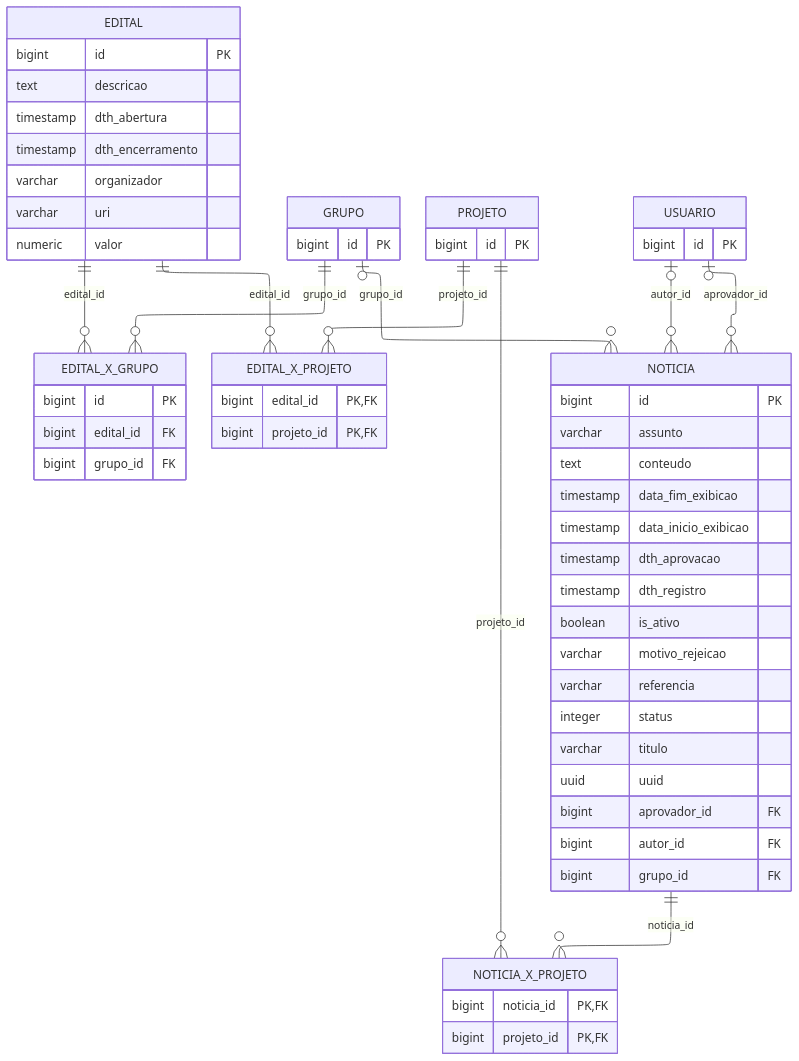
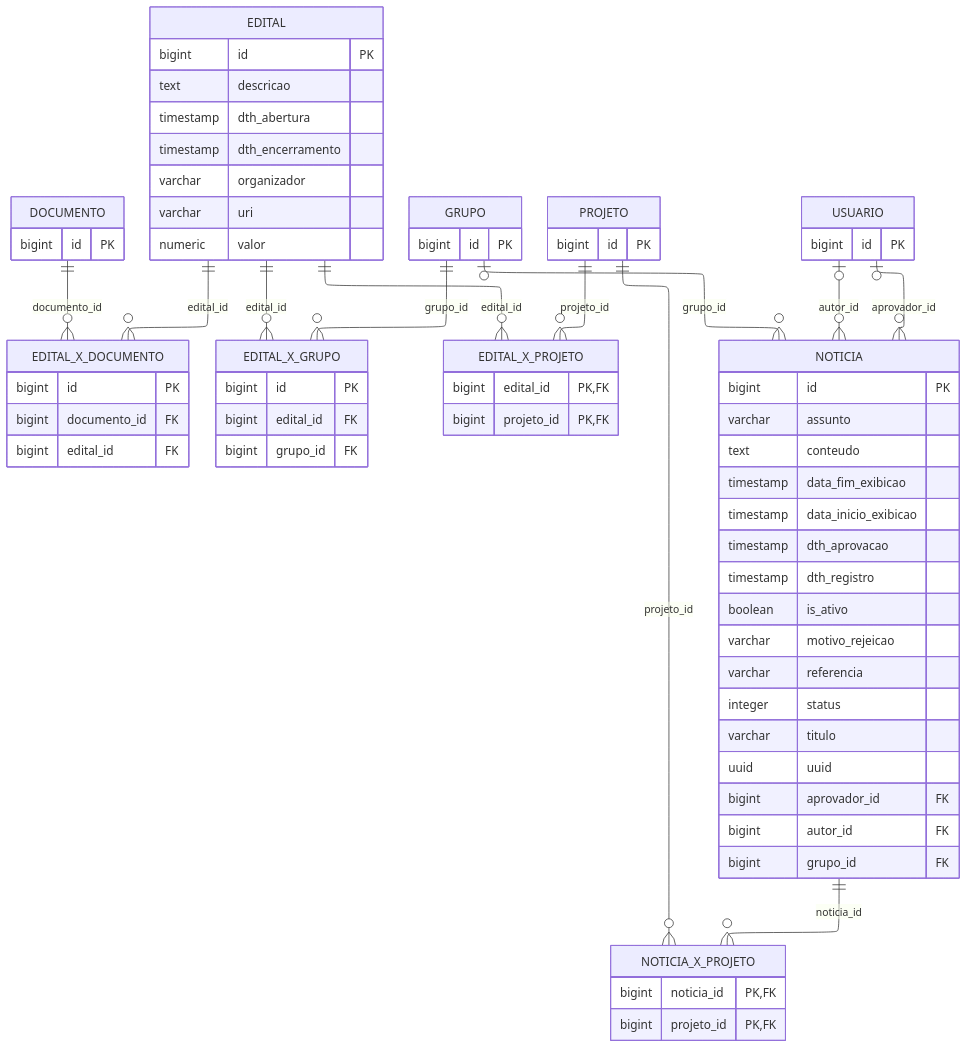
One commit to orbytum/api changed the diagram in docs/banco/der_conteudo.mmd. Above: the diagram before and after it, drawn with Mermaid. The commit also changed 14 other files, not shown here.

```diff
--- a/docs/banco/der_conteudo.mmd
+++ b/docs/banco/der_conteudo.mmd
@@ -1,63 +1,73 @@
 ---
 config:
   layout: elk
 ---
 erDiagram
+  DOCUMENTO ||--o{ EDITAL_X_DOCUMENTO : "documento_id"
+  EDITAL ||--o{ EDITAL_X_DOCUMENTO : "edital_id"
   EDITAL ||--o{ EDITAL_X_GRUPO : "edital_id"
   GRUPO ||--o{ EDITAL_X_GRUPO : "grupo_id"
   EDITAL ||--o{ EDITAL_X_PROJETO : "edital_id"
   PROJETO ||--o{ EDITAL_X_PROJETO : "projeto_id"
   USUARIO o|--o{ NOTICIA : "aprovador_id"
   USUARIO o|--o{ NOTICIA : "autor_id"
   GRUPO o|--o{ NOTICIA : "grupo_id"
   NOTICIA ||--o{ NOTICIA_X_PROJETO : "noticia_id"
   PROJETO ||--o{ NOTICIA_X_PROJETO : "projeto_id"
   NOTICIA {
     bigint id PK
     varchar assunto
     text conteudo
     timestamp data_fim_exibicao
     timestamp data_inicio_exibicao
     timestamp dth_aprovacao
     timestamp dth_registro
     boolean is_ativo
     varchar motivo_rejeicao
     varchar referencia
     integer status
     varchar titulo
     uuid uuid
     bigint aprovador_id FK
     bigint autor_id FK
     bigint grupo_id FK
   }
   NOTICIA_X_PROJETO {
     bigint noticia_id PK, FK
     bigint projeto_id PK, FK
   }
   EDITAL {
     bigint id PK
     text descricao
     timestamp dth_abertura
     timestamp dth_encerramento
     varchar organizador
     varchar uri
     numeric valor
   }
   EDITAL_X_GRUPO {
     bigint id PK
     bigint edital_id FK
     bigint grupo_id FK
   }
   EDITAL_X_PROJETO {
     bigint edital_id PK, FK
     bigint projeto_id PK, FK
   }
+  EDITAL_X_DOCUMENTO {
+    bigint id PK
+    bigint documento_id FK
+    bigint edital_id FK
+  }
+  DOCUMENTO {
+    bigint id PK
+  }
   GRUPO {
     bigint id PK
   }
   PROJETO {
     bigint id PK
   }
   USUARIO {
     bigint id PK
   }
```
